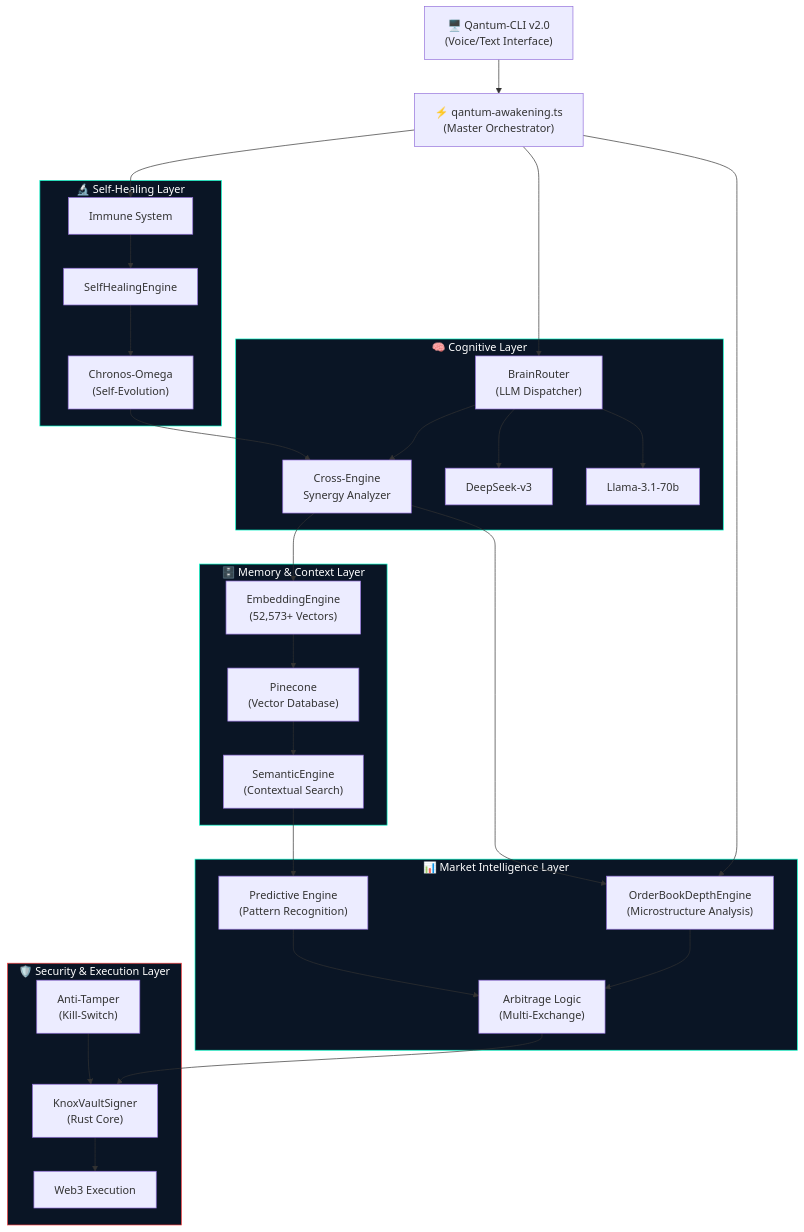
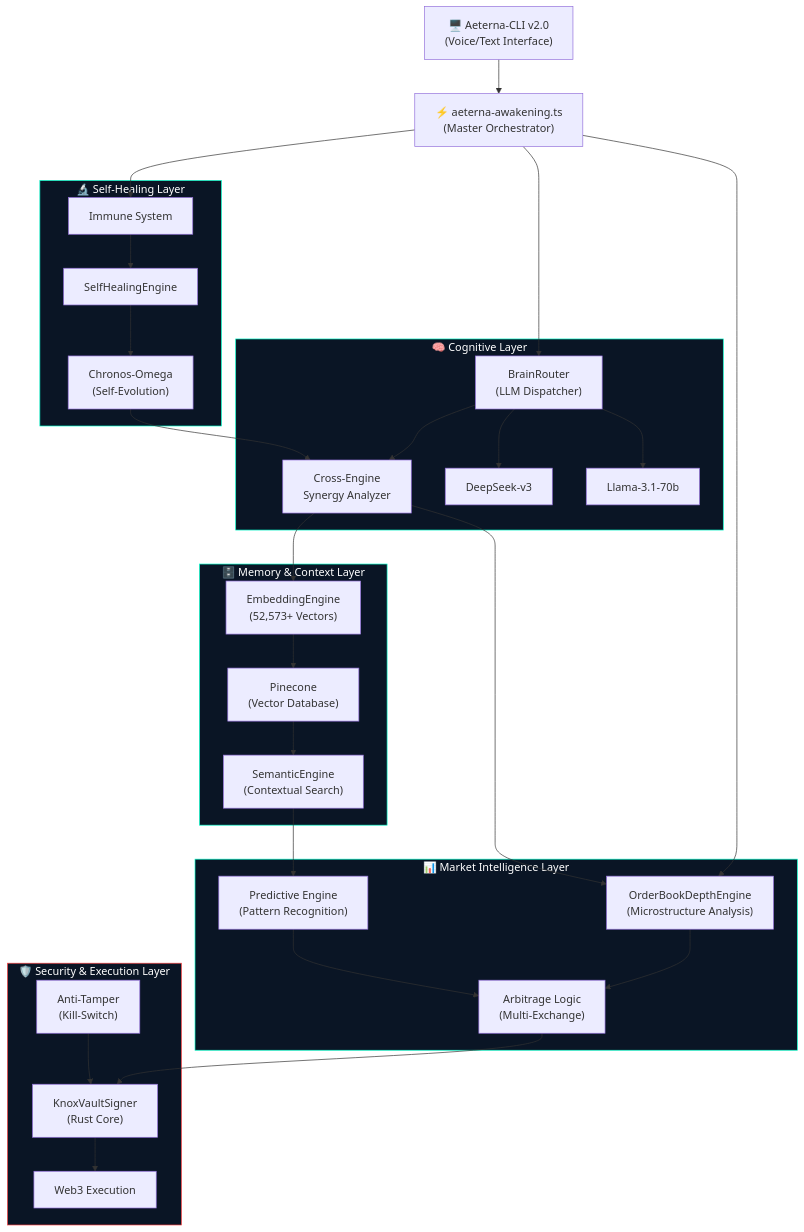
The first of 8 diagrams in README.md (QAntum-Fortres/QAntum), drawn with Mermaid before and after one commit. The commit also changed other lines of this file and 3568 other files, not shown here.

Commit message:
⚛️ THE QANTUM ASCENSION - v1.0.0-AETERNA

````diff
--- a/README.md
+++ b/README.md
@@ -80,63 +80,63 @@
 ```mermaid
 graph TD
-    CLI["🖥️ Qantum-CLI v2.0\n(Voice/Text Interface)"]
-    AWAKENING["⚡ qantum-awakening.ts\n(Master Orchestrator)"]
+    CLI["🖥️ Aeterna-CLI v2.0\n(Voice/Text Interface)"]
+    AWAKENING["⚡ aeterna-awakening.ts\n(Master Orchestrator)"]
 
     subgraph COGNITIVE ["🧠 Cognitive Layer"]
         BR["BrainRouter\n(LLM Dispatcher)"]
         SYNERGY["Cross-Engine\nSynergy Analyzer"]
         DS["DeepSeek-v3"]
         LL["Llama-3.1-70b"]
     end
 
     subgraph MARKET ["📊 Market Intelligence Layer"]
         OBD["OrderBookDepthEngine\n(Microstructure Analysis)"]
         ARB["Arbitrage Logic\n(Multi-Exchange)"]
         PRED["Predictive Engine\n(Pattern Recognition)"]
     end
 
     subgraph MEMORY ["🗄️ Memory & Context Layer"]
         EMB["EmbeddingEngine\n(52,573+ Vectors)"]
         PINE["Pinecone\n(Vector Database)"]
         SEM["SemanticEngine\n(Contextual Search)"]
     end
 
     subgraph SECURITY ["🛡️ Security & Execution Layer"]
         KNOX["KnoxVaultSigner\n(Rust Core)"]
         WEB3["Web3 Execution"]
         ANTI["Anti-Tamper\n(Kill-Switch)"]
     end
 
     subgraph HEALING ["🔬 Self-Healing Layer"]
         SHE["SelfHealingEngine"]
         IMMUNE["Immune System"]
         CHRONOS["Chronos-Omega\n(Self-Evolution)"]
     end
 
     CLI --> AWAKENING
     AWAKENING --> BR
     AWAKENING --> OBD
     AWAKENING --> IMMUNE
     BR --> DS
     BR --> LL
     BR --> SYNERGY
     SYNERGY --> OBD
     SYNERGY --> EMB
     OBD --> ARB
     ARB --> KNOX
     KNOX --> WEB3
     EMB --> PINE
     PINE --> SEM
     SEM --> PRED
     PRED --> ARB
     IMMUNE --> SHE
     SHE --> CHRONOS
     CHRONOS --> SYNERGY
     ANTI --> KNOX
 
     style COGNITIVE fill:#0a1525,stroke:#00ffcc,color:#fff
     style MARKET fill:#0a1525,stroke:#00ffcc,color:#fff
     style MEMORY fill:#0a1525,stroke:#00ffcc,color:#fff
     style SECURITY fill:#0a1525,stroke:#ff4444,color:#fff
     style HEALING fill:#0a1525,stroke:#00ffcc,color:#fff
 ```
````
